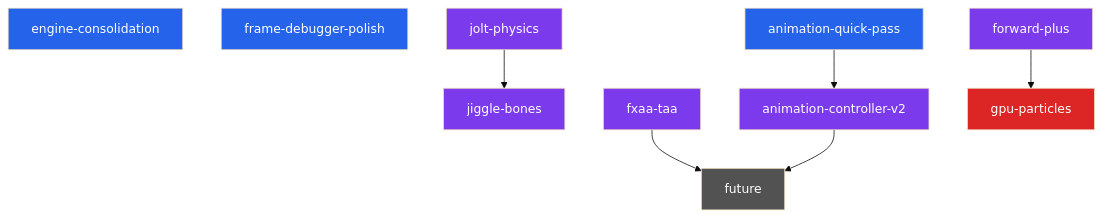
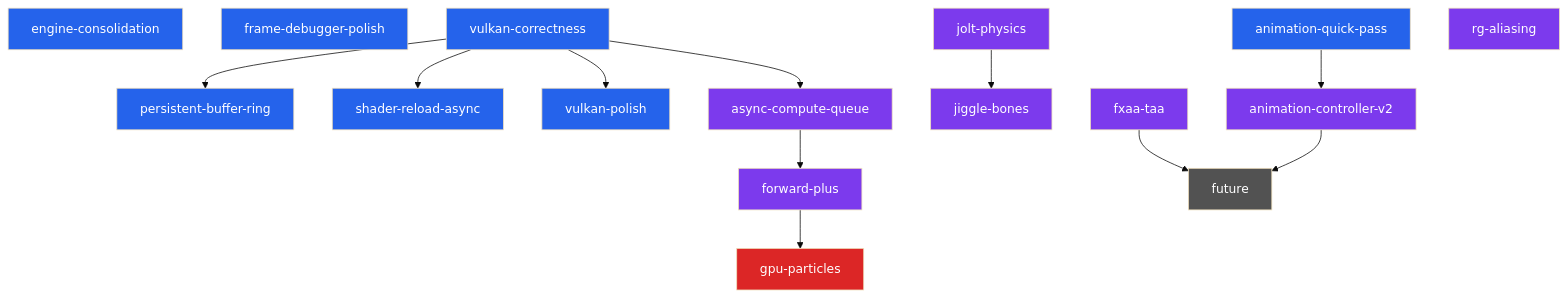
The diagram in docs/development/BACKLOG.md (Hekbas/Luth), drawn with Mermaid (base theme) before and after one commit. The commit also changed other lines of this file and 3 other files, not shown here.

First line of the commit message:
docs: vulkan-correctness history + version bump to v2.8.7

````diff
--- a/docs/development/BACKLOG.md
+++ b/docs/development/BACKLOG.md
@@ -34,30 +34,47 @@
 ```mermaid
 graph TD
     consol["engine-consolidation"]
     fdp["frame-debugger-polish"]
+    vc["vulkan-correctness"]
     aqp["animation-quick-pass"]
+    pbr["persistent-buffer-ring"]
+    sra["shader-reload-async"]
+    vp["vulkan-polish"]
     jolt["jolt-physics"]
     jiggle["jiggle-bones"]
+    acq["async-compute-queue"]
+    rga["rg-aliasing"]
     forward["forward-plus"]
     fxaa["fxaa-taa"]
     av2["animation-controller-v2"]
     particles["gpu-particles"]
     future["future"]
 
+    vc --> pbr
+    vc --> sra
+    vc --> vp
+    vc --> acq
     aqp --> av2
+    acq --> forward
     forward --> particles
     jolt --> jiggle
     fxaa --> future
     av2 --> future
 
     style consol fill:#2563eb,color:#fff
     style fdp fill:#2563eb,color:#fff
+    style vc fill:#2563eb,color:#fff
     style aqp fill:#2563eb,color:#fff
+    style pbr fill:#2563eb,color:#fff
+    style sra fill:#2563eb,color:#fff
+    style vp fill:#2563eb,color:#fff
     style jolt fill:#7c3aed,color:#fff
     style jiggle fill:#7c3aed,color:#fff
+    style acq fill:#7c3aed,color:#fff
+    style rga fill:#7c3aed,color:#fff
     style forward fill:#7c3aed,color:#fff
     style fxaa fill:#7c3aed,color:#fff
     style av2 fill:#7c3aed,color:#fff
     style particles fill:#dc2626,color:#fff
     style future fill:#525252,color:#fff
 ```
````
